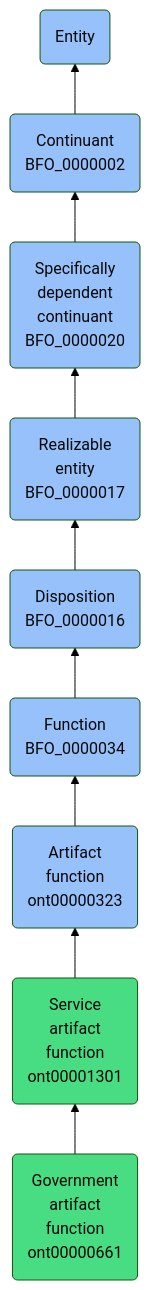
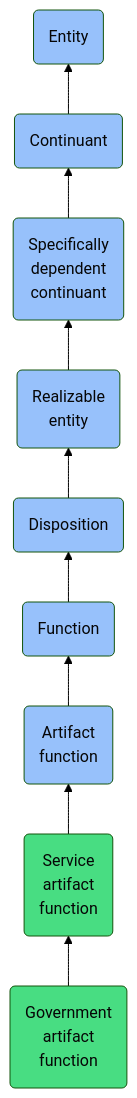
One commit to jupyter-naas/abi changed the diagram in docs/ontology/reference/model/Entity/Continuant/Specifically dependent continuant/Realizable entity/Disposition/Function/Artifact function/Service artifact function/Government artifact function/Government artifact function.md. Above: the diagram before and after it, drawn with Mermaid (forest theme). The commit also changed other lines of this file and 1430 other files, not shown here.

````diff
--- a/docs/ontology/reference/model/Entity/Continuant/Specifically dependent continuant/Realizable entity/Disposition/Function/Artifact function/Service artifact function/Government artifact function/Government artifact function.md
+++ b/docs/ontology/reference/model/Entity/Continuant/Specifically dependent continuant/Realizable entity/Disposition/Function/Artifact function/Service artifact function/Government artifact function/Government artifact function.md
@@ -24,16 +24,16 @@
 ```mermaid
 graph BT
-    ont00000661(Government<br>artifact<br>function<br>ont00000661):::ABI-->ont00001301
-    ont00001301(Service<br>artifact<br>function<br>ont00001301):::ABI-->ont00000323
-    ont00000323(Artifact<br>function<br>ont00000323):::BFO-->BFO_0000034
-    BFO_0000034(Function<br>BFO_0000034):::BFO-->BFO_0000016
-    BFO_0000016(Disposition<br>BFO_0000016):::BFO-->BFO_0000017
-    BFO_0000017(Realizable<br>entity<br>BFO_0000017):::BFO-->BFO_0000020
-    BFO_0000020(Specifically<br>dependent<br>continuant<br>BFO_0000020):::BFO-->BFO_0000002
-    BFO_0000002(Continuant<br>BFO_0000002):::BFO-->BFO_0000001
+    ont00000661(Government<br>artifact<br>function):::ABI-->ont00001301
+    ont00001301(Service<br>artifact<br>function):::ABI-->ont00000323
+    ont00000323(Artifact<br>function):::BFO-->BFO_0000034
+    BFO_0000034(Function):::BFO-->BFO_0000016
+    BFO_0000016(Disposition):::BFO-->BFO_0000017
+    BFO_0000017(Realizable<br>entity):::BFO-->BFO_0000020
+    BFO_0000020(Specifically<br>dependent<br>continuant):::BFO-->BFO_0000002
+    BFO_0000002(Continuant):::BFO-->BFO_0000001
     BFO_0000001(Entity):::BFO
     
     classDef BFO fill:#97c1fb,color:#060606
     classDef CCO fill:#e4c51e,color:#060606
     classDef ABI fill:#48DD82,color:#060606
 ```
````
